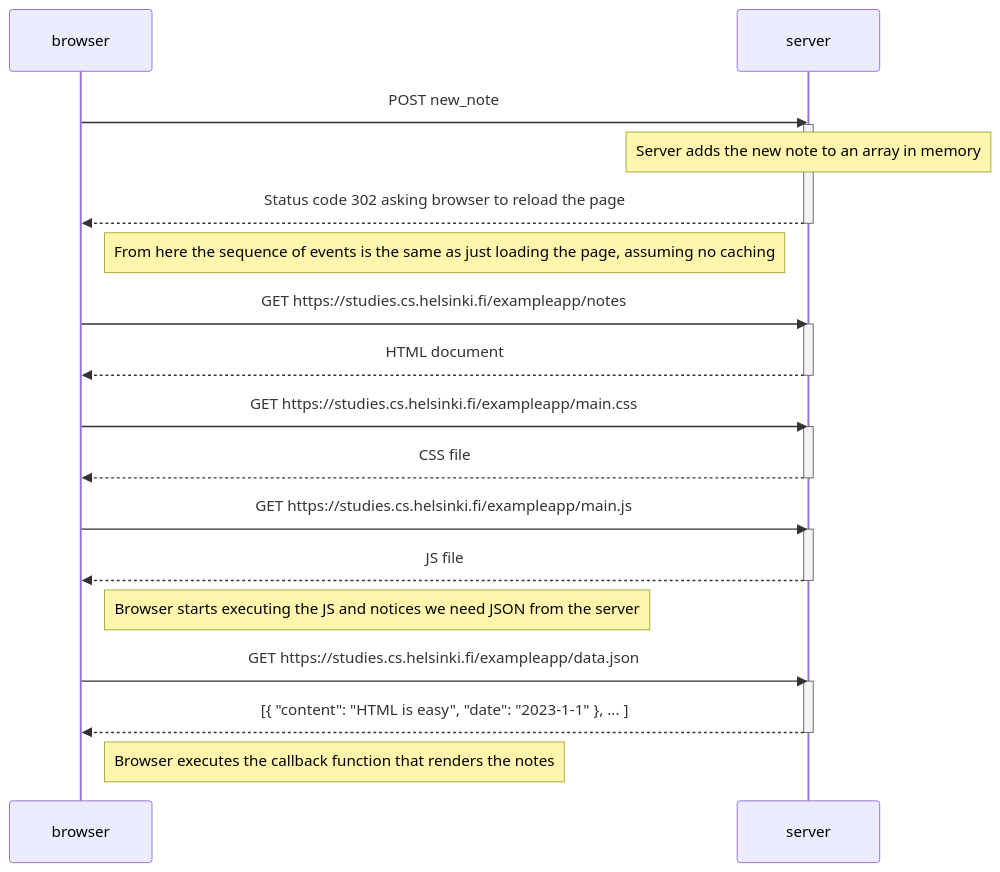
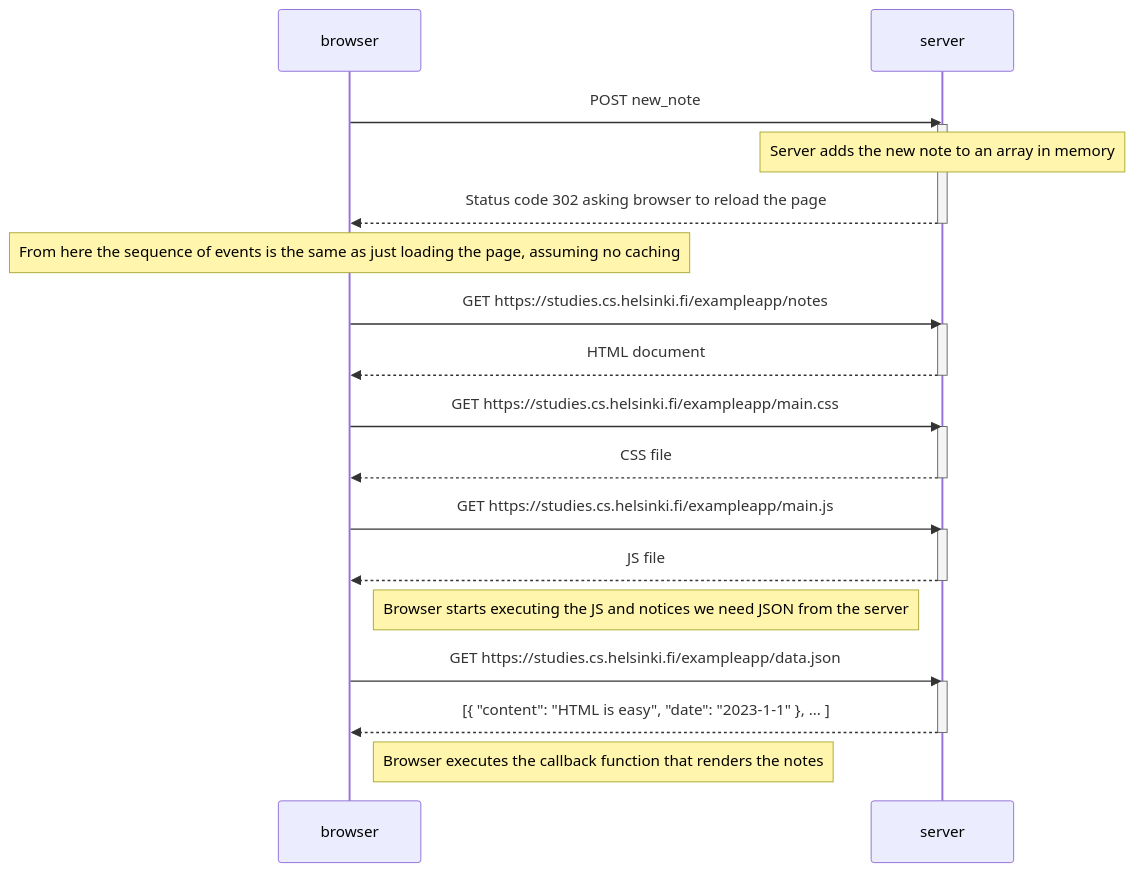
The diagram in pt0/p4.md (joonamon/fsopen), drawn with Mermaid before and after one commit.

Commit message:
Made a note right of browser over browser instead

````diff
--- a/pt0/p4.md
+++ b/pt0/p4.md
@@ -1,37 +1,37 @@
 ```mermaid
 sequenceDiagram
     participant browser
     participant server
 
     browser->>server: POST new_note
     activate server
     Note over server: Server adds the new note to an array in memory
     server-->>browser: Status code 302 asking browser to reload the page
     deactivate server
 
-    Note right of browser: From here the sequence of events is the same as just loading the page, assuming no caching
+    Note over browser: From here the sequence of events is the same as just loading the page, assuming no caching
 
     browser->>server: GET https://studies.cs.helsinki.fi/exampleapp/notes
     activate server
     server-->>browser: HTML document
     deactivate server
 
     browser->>server: GET https://studies.cs.helsinki.fi/exampleapp/main.css
     activate server
     server-->>browser: CSS file
     deactivate server
 
     browser->>server: GET https://studies.cs.helsinki.fi/exampleapp/main.js
     activate server
     server-->>browser: JS file
     deactivate server
 
     Note right of browser: Browser starts executing the JS and notices we need JSON from the server
 
     browser->>server: GET https://studies.cs.helsinki.fi/exampleapp/data.json
     activate server
     server-->>browser: [{ "content": "HTML is easy", "date": "2023-1-1" }, ... ]
     deactivate server
 
     Note right of browser: Browser executes the callback function that renders the notes
 ```
````
